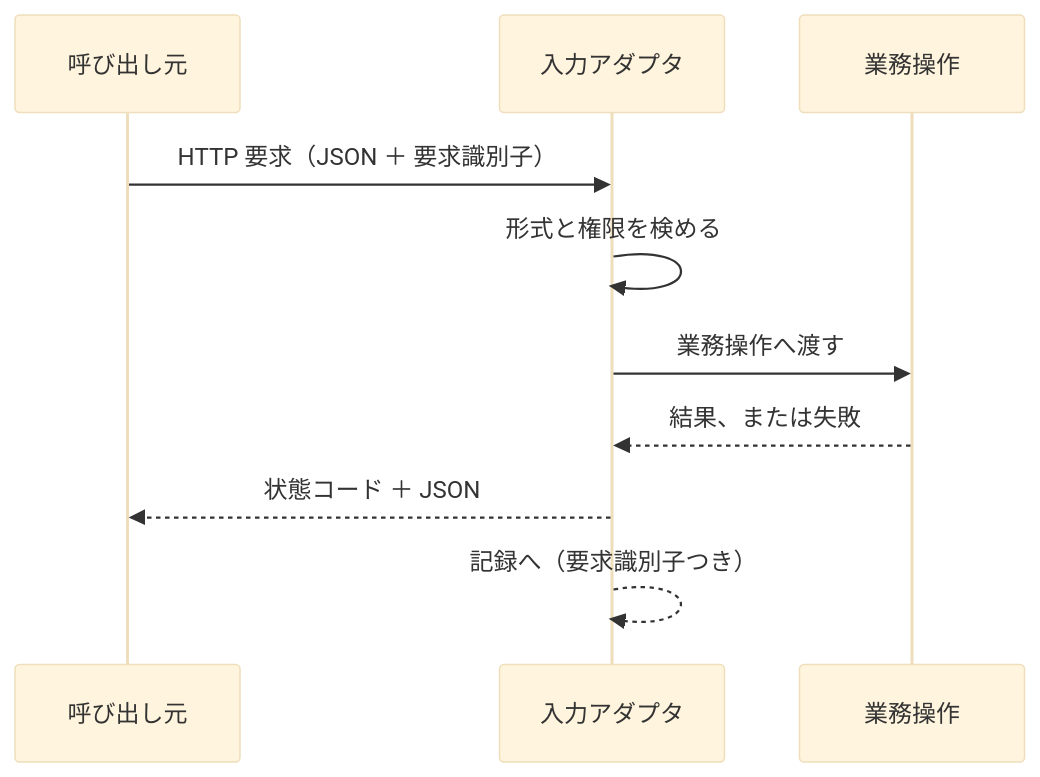
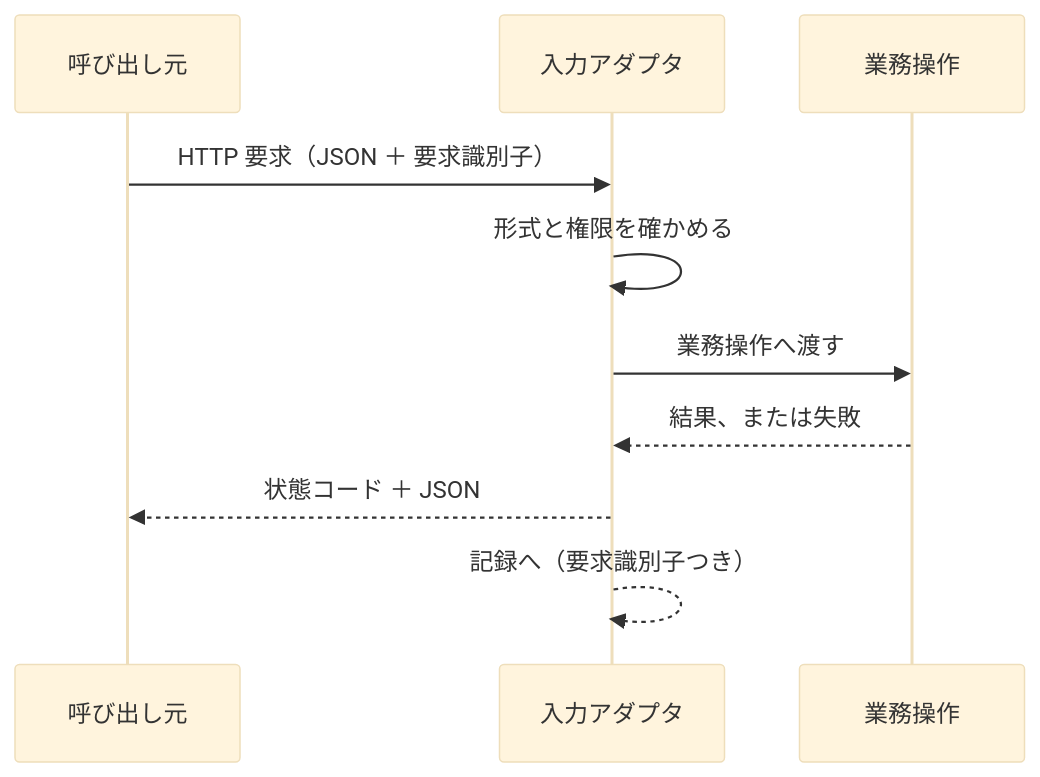
Before and after one commit to daidaiiro-519/waffle: the diagram in .waffle/skills/coding-skills/constraints/purpose.backend-api/contract.md, drawn with Mermaid (base theme). The commit also changed 59 other files, not shown here.

````diff
--- a/.waffle/skills/coding-skills/constraints/purpose.backend-api/contract.md
+++ b/.waffle/skills/coding-skills/constraints/purpose.backend-api/contract.md
@@ -45,12 +45,12 @@
 ```mermaid
 sequenceDiagram
     participant C as 呼び出し元
     participant A as 入力アダプタ
     participant P as 業務操作
     C->>A: HTTP 要求（JSON ＋ 要求識別子）
-    A->>A: 形式と権限を検める
+    A->>A: 形式と権限を確かめる
     A->>P: 業務操作へ渡す
     P-->>A: 結果、または失敗
     A-->>C: 状態コード ＋ JSON
     A-->>A: 記録へ（要求識別子つき）
 ```
````
